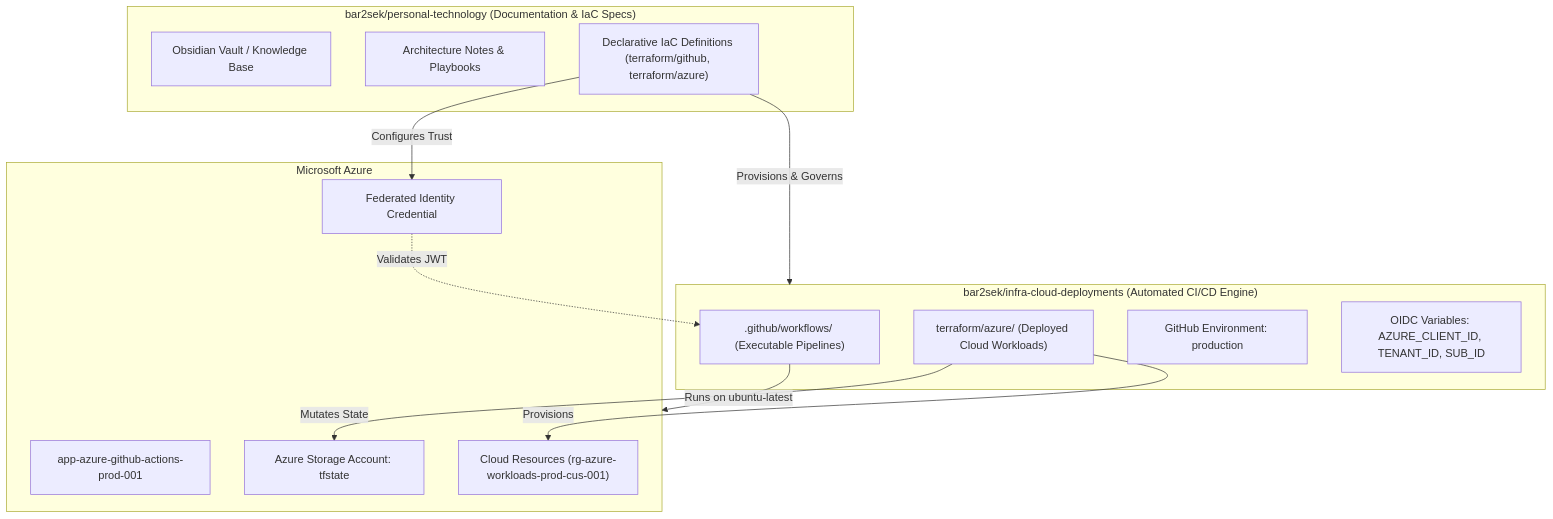
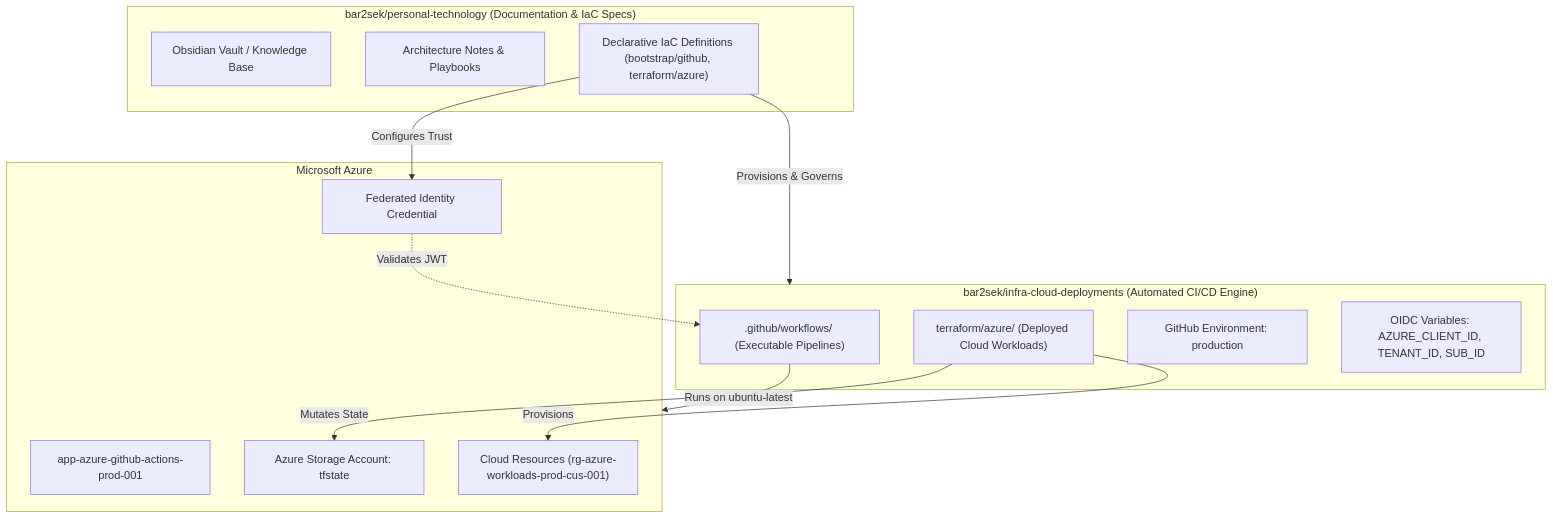
The first of 2 diagrams in docs/409-github-azure-oidc-gitops.md (bar2sek/personal-technology), drawn with Mermaid before and after one commit. The commit also changed other lines of this file and 21 other files, not shown here.

Commit message:
refactor: restructure terraform configurations into bootstrap directory

````diff
--- a/docs/409-github-azure-oidc-gitops.md
+++ b/docs/409-github-azure-oidc-gitops.md
@@ -25,29 +25,29 @@
 ```mermaid
 graph TD
     subgraph Repo1["bar2sek/personal-technology (Documentation & IaC Specs)"]
         Vault["Obsidian Vault / Knowledge Base"]
         Docs["Architecture Notes & Playbooks"]
-        TF_Roots["Declarative IaC Definitions (terraform/github, terraform/azure)"]
+        TF_Roots["Declarative IaC Definitions (bootstrap/github, terraform/azure)"]
     end
 
     subgraph Repo2["bar2sek/infra-cloud-deployments (Automated CI/CD Engine)"]
         Workflows[".github/workflows/ (Executable Pipelines)"]
         Live_IaC["terraform/azure/ (Deployed Cloud Workloads)"]
         GH_Env["GitHub Environment: production"]
         Env_Vars["OIDC Variables: AZURE_CLIENT_ID, TENANT_ID, SUB_ID"]
     end
 
     subgraph Cloud["Microsoft Azure"]
         Entra_App["app-azure-github-actions-prod-001"]
         OIDC_Trust["Federated Identity Credential"]
         Azure_Storage["Azure Storage Account: tfstate"]
         Live_Resources["Cloud Resources (rg-azure-workloads-prod-cus-001)"]
     end
 
     TF_Roots -->|Provisions & Governs| Repo2
     TF_Roots -->|Configures Trust| OIDC_Trust
     Workflows -->|Runs on ubuntu-latest| Cloud
     OIDC_Trust -.->|Validates JWT| Workflows
     Live_IaC -->|Mutates State| Azure_Storage
     Live_IaC -->|Provisions| Live_Resources
 ```
````
